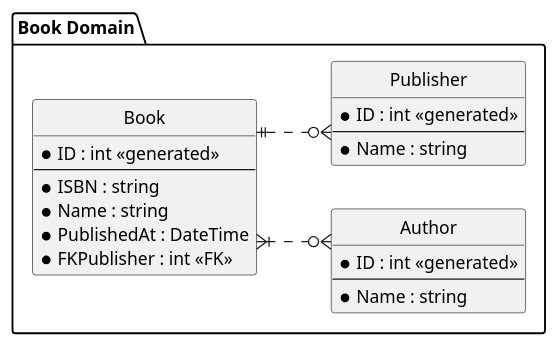
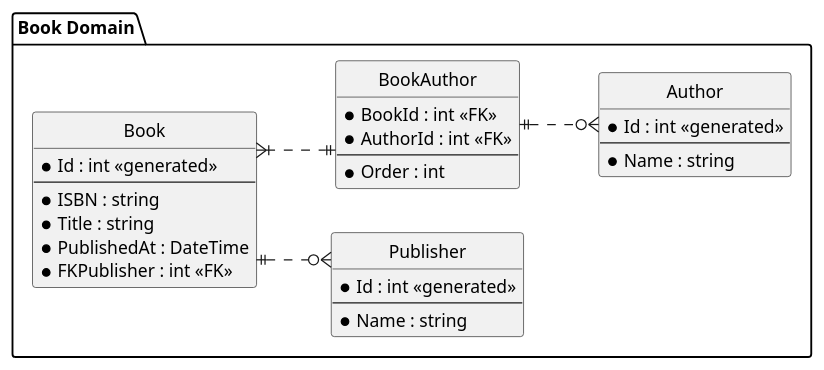
One commit to nftug/BookApi changed the diagram in Diagrams/ERModel.pu. Above: the diagram before and after it, drawn with PlantUML. The commit also changed 10 other files, not shown here.

```diff
--- a/Diagrams/ERModel.pu
+++ b/Diagrams/ERModel.pu
@@ -1,34 +1,42 @@
 @startuml BookApi_ERModel
 
 hide method
 hide circle
 skinparam DefaultFontName Helvetica
 skinparam linetype ortho
 left to right direction
 
 package "Book Domain" {
     entity Author {
-        * ID : int <<generated>>
+        * Id : int <<generated>>
         --
         * Name : string
     }
 
     entity Publisher {
-        * ID : int <<generated>>
+        * Id : int <<generated>>
         --
         * Name : string
     }
 
     entity Book {
-        * ID : int <<generated>>
+        * Id : int <<generated>>
         --
         * ISBN : string
-        * Name : string
+        * Title : string
         * PublishedAt : DateTime
         * FKPublisher : int <<FK>>
     }
 
-    Book }|..o{  Author
+    entity BookAuthor {
+        * BookId : int <<FK>>
+        * AuthorId : int <<FK>>
+        --
+        * Order : int
+    }
+
     Book ||..o{ Publisher
+    Book }|..|| BookAuthor
+    BookAuthor ||..o{ Author
 }
 @enduml
```
